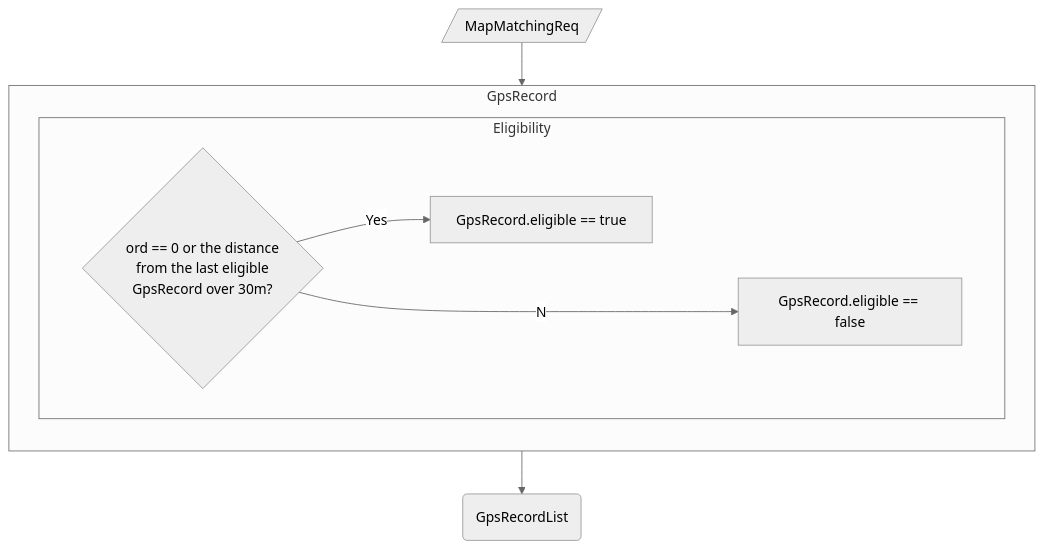
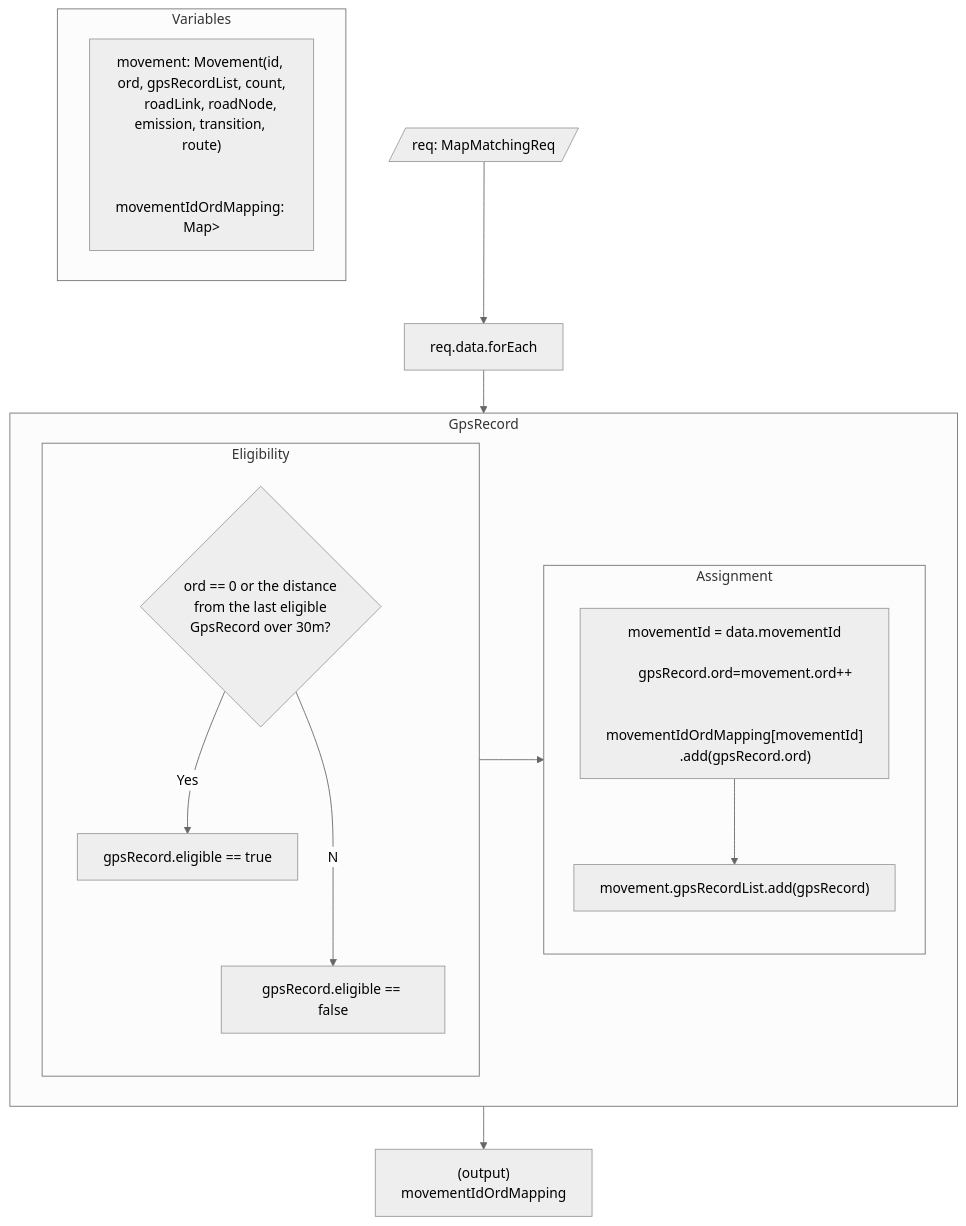
Before and after one commit to tw-yoo/appmeter-revising-flowchart: the diagram in 0_gps_record.mmd, drawn with Mermaid (neutral theme). The commit also changed 6 other files, not shown here.

```diff
--- a/0_gps_record.mmd
+++ b/0_gps_record.mmd
@@ -1,16 +1,53 @@
 flowchart TD
-	A[/MapMatchingReq/]
-	B(GpsRecordList)
+	Input[/req: MapMatchingReq/]
+  ReqDataForEach["req.data.forEach"]
+  Output["
+    (output)
+    movementIdOrdMapping
+  "]
+
+  subgraph Variables
+    Movement["
+      movement: Movement(id, ord, gpsRecordList, count,
+      roadLink, roadNode, emission, transition, route)
+      
+      movementIdOrdMapping: Map<String, List<Int>>
+    "] 
+  end
+
   subgraph GpsRecord
-    direction TB
+    direction LR
     subgraph Eligibility
-      E1{ord == 0 or the distance <br> from the last eligible <br> GpsRecord over 30m?} 
-			ET[GpsRecord.eligible == true]
-			EF[GpsRecord.eligible == false]
+      E1{"
+        ord == 0 or the distance 
+        from the last eligible 
+        GpsRecord over 30m?
+      "} 
+			ET[gpsRecord.eligible == true]
+			EF[gpsRecord.eligible == false]
 
 			E1 --Yes--> ET
 			E1 --No--> EF
     end
+    
+    subgraph Assignment
+      direction TB
+      Ord["
+      movementId = data.movementId
+
+      gpsRecord.ord=movement.ord++
+
+      movementIdOrdMapping[movementId]
+      .add(gpsRecord.ord)
+      "]
+      Add["movement.gpsRecordList.add(gpsRecord)"]
+
+      Ord --> Add
+
+    end
+
+    Eligibility --> Assignment
+
   end
 
-A --> GpsRecord --> B
+Input --> ReqDataForEach --> GpsRecord --> Output
```
